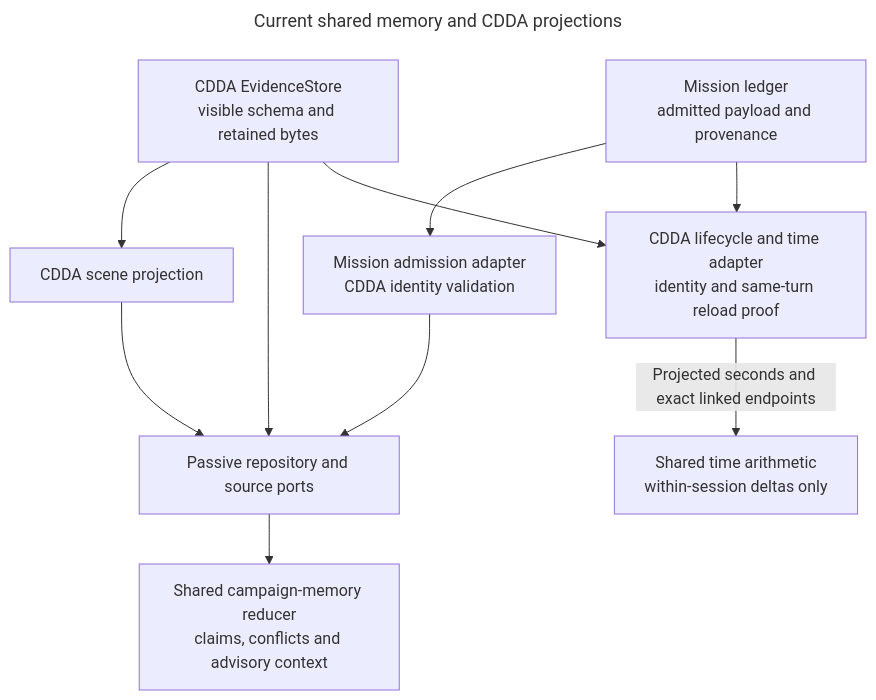
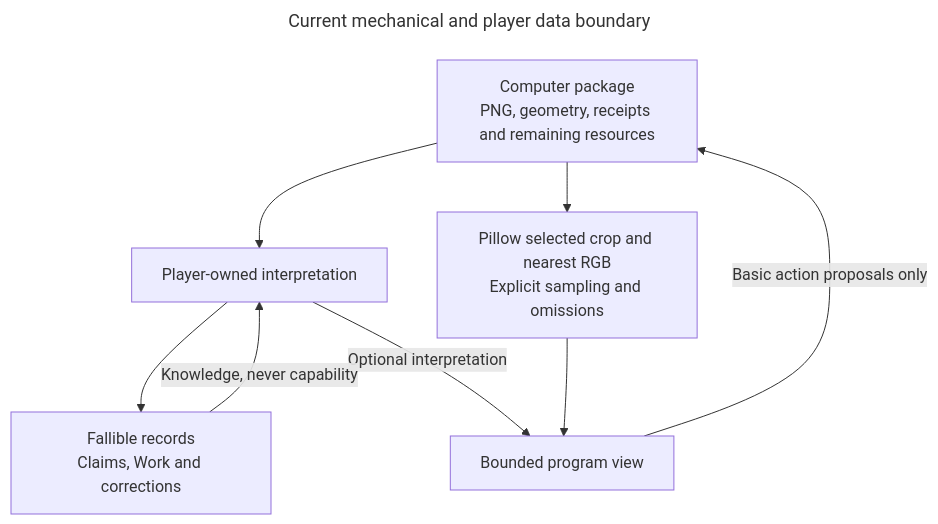
The diagram in docs/diagrams/binding-projections.mmd (CVX-Hull/enactive), drawn with Mermaid before and after one commit. The commit also changed 382 other files, not shown here.

First line of the commit message:
Replace semantic harness with mechanical computer control (#289)

```diff
--- a/docs/diagrams/binding-projections.mmd
+++ b/docs/diagrams/binding-projections.mmd
@@ -1,15 +1,13 @@
 ---
-title: Current shared memory and CDDA projections
+title: Current mechanical and player data boundary
 ---
 flowchart TB
-  accTitle: CDDA interpretation stays outside shared memory and time arithmetic
-  accDescr: CDDA EvidenceStore validates the current visible schema and retained bytes. A CDDA scene adapter projects literal facts, and a mission adapter authenticates exact admitted mutation payloads. Shared campaign memory consumes passive repository and source ports. The CDDA lifecycle and time adapter authenticate identity, same-turn reload continuity and canonical source endpoints before projecting seconds to pure time arithmetic. These are logical responsibilities, not independent processes or proof of another game binding. No memory or time projection grants input authority.
-  V["CDDA EvidenceStore<br/>visible schema and retained bytes"] --> S["CDDA scene projection"]
-  A["Mission ledger<br/>admitted payload and provenance"] --> M["Mission admission adapter<br/>CDDA identity validation"]
-  S --> P["Passive repository and source ports"]
-  M --> P
-  V --> P
-  P --> R["Shared campaign-memory reducer<br/>claims, conflicts and advisory context"]
-  V --> C["CDDA lifecycle and time adapter<br/>identity and same-turn reload proof"]
-  A --> C
-  C -->|"Projected seconds and exact linked endpoints"| T["Shared time arithmetic<br/>within-session deltas only"]
+  accTitle: Current mechanical and player data boundary
+  accDescr: The computer package exposes actual PNG and geometry plus mechanical receipts. Only the player interprets game meaning and authors claims. Player-selected image views and optional interpretation feed bounded programs. No semantic engine projection or identity/time adapter grants custody.
+C["Computer package<br/>PNG, geometry, receipts and remaining resources"] --> P["Player-owned interpretation"]
+  P --> M["Fallible records<br/>Claims, Work and corrections"]
+  C --> I["Pillow selected crop and nearest RGB<br/>Explicit sampling and omissions"]
+  P -->|"Optional interpretation"| R["Bounded program view"]
+  I --> R
+  R -->|"Basic action proposals only"| C
+  M -->|"Knowledge, never capability"| P
```
